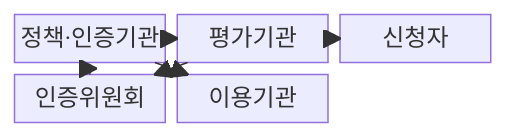
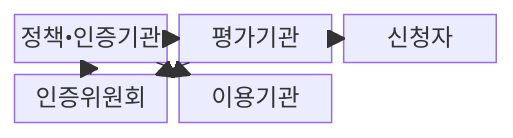
Before and after one commit to agnusdei1207/knowledge-base: the first of 2 diagrams in src/content/docs/notes/05-security/075_csap.md, drawn with Mermaid. The commit also changed other lines of this file and 953 other files, not shown here.

````diff
--- a/src/content/docs/notes/05-security/075_csap.md
+++ b/src/content/docs/notes/05-security/075_csap.md
@@ -63,14 +63,14 @@
 ```mermaid
 block-beta
   columns 3
-  A["정책·인증기관"]
+  A["정책•인증기관"]
   B["평가기관"]
   C["신청자"]
   D["인증위원회"]
   E["이용기관"]
   A --> B
   C --> B
   B --> D
   D --> A
   A --> E
 ```
````
